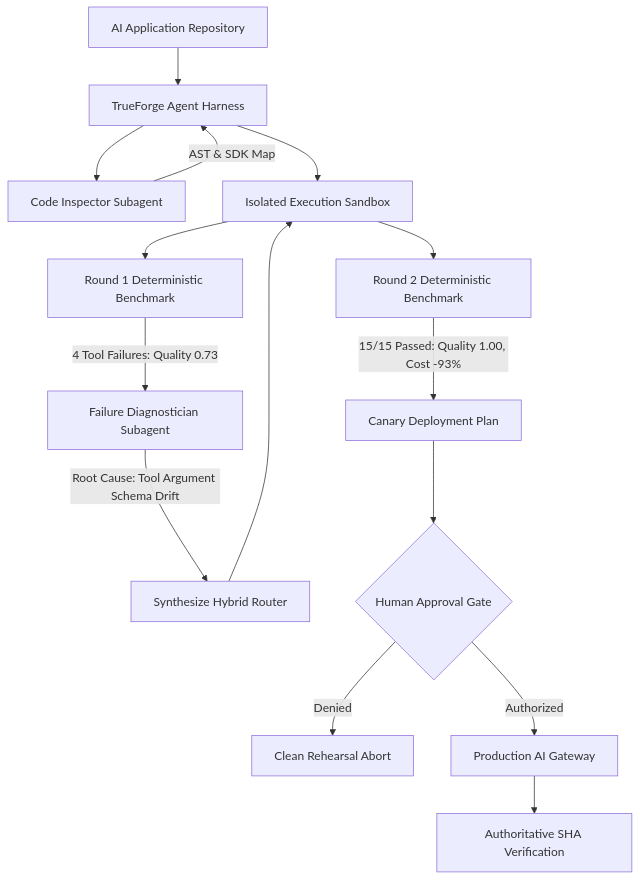
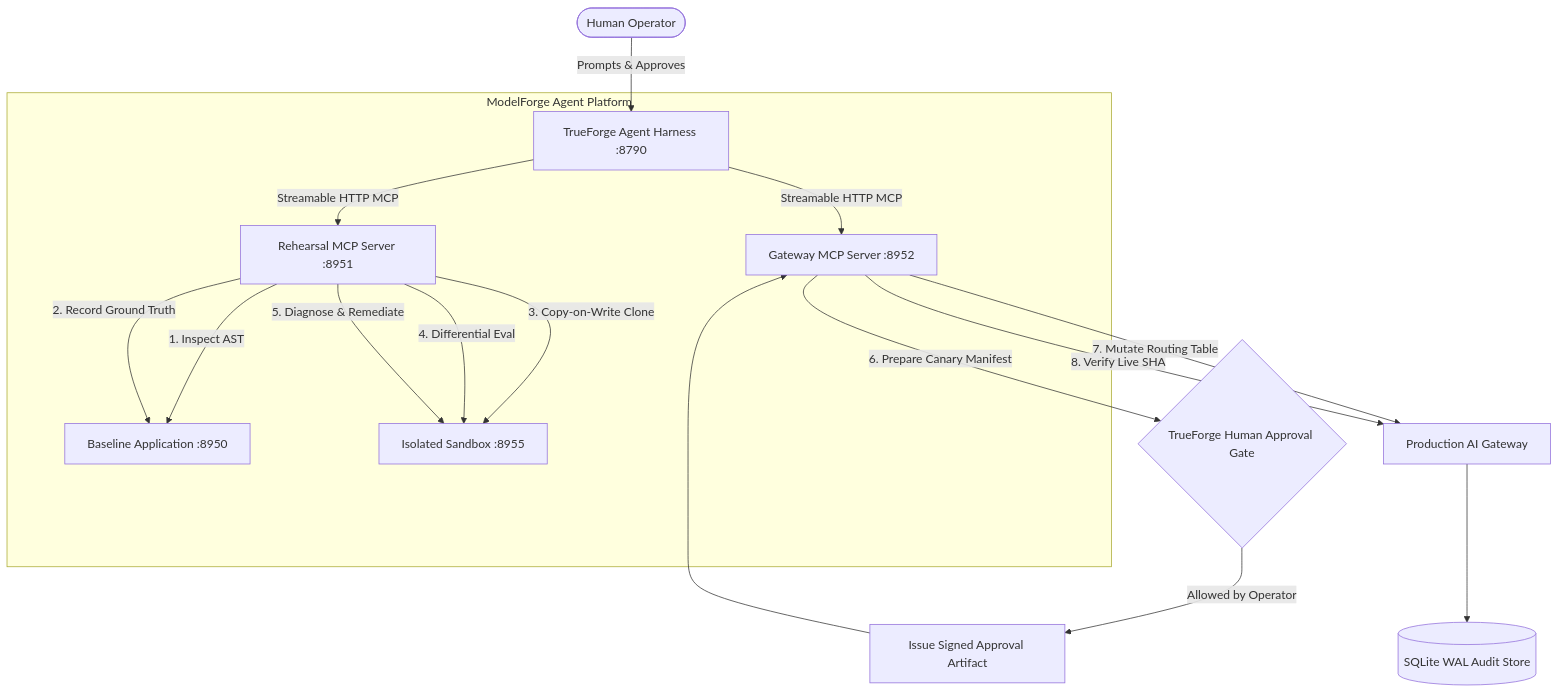
One commit to nexpectArpit/ModelForge_FoundryTrue changed the diagram in README.md. Above: the diagram before and after it, drawn with Mermaid. The commit also changed other lines of this file and 24 other files, not shown here.

Commit message:
feat(modelforge): complete live migration rehearsal agent integration with trueforge, discrete mcp servers, and deterministic differential evaluation

````diff
--- a/README.md
+++ b/README.md
@@ -14,17 +14,22 @@
 ```mermaid
 flowchart TD
-    Repo[AI Application Repository] --> T[TrueForge Agent Harness]
-    T --> Sub1[Code Inspector Subagent]
-    Sub1 -->|AST & SDK Map| T
-    T --> Sandbox[Isolated Execution Sandbox]
-    Sandbox --> Eval1[Round 1 Deterministic Benchmark]
-    Eval1 -->|4 Tool Failures: Quality 0.73| Sub2[Failure Diagnostician Subagent]
-    Sub2 -->|Root Cause: Tool Argument Schema Drift| Strategy[Synthesize Hybrid Router]
-    Strategy --> Sandbox
-    Sandbox --> Eval2[Round 2 Deterministic Benchmark]
-    Eval2 -->|15/15 Passed: Quality 1.00, Cost -93%| Canary[Canary Deployment Plan]
-    Canary --> Gate{Human Approval Gate}
-    Gate -->|Denied| Abort[Clean Rehearsal Abort]
-    Gate -->|Authorized| Gateway[Production AI Gateway]
-    Gateway --> Verify[Authoritative SHA Verification]
+    User([Human Operator]) -->|Prompts & Approves| TF[TrueForge Agent Harness :8790]
+    
+    subgraph ModelForge Agent Platform
+        TF -->|Streamable HTTP MCP| RMCP[Rehearsal MCP Server :8951]
+        TF -->|Streamable HTTP MCP| GMCP[Gateway MCP Server :8952]
+        
+        RMCP -->|1. Inspect AST| BaseApp[Baseline Application :8950]
+        RMCP -->|2. Record Ground Truth| BaseApp
+        RMCP -->|3. Copy-on-Write Clone| Sandbox[Isolated Sandbox :8955]
+        RMCP -->|4. Differential Eval| Sandbox
+        RMCP -->|5. Diagnose & Remediate| Sandbox
+    end
+
+    GMCP -->|6. Prepare Canary Manifest| Gate{TrueForge Human Approval Gate}
+    Gate -->|Allowed by Operator| Auth[Issue Signed Approval Artifact]
+    Auth --> GMCP
+    GMCP -->|7. Mutate Routing Table| Gateway[Production AI Gateway]
+    GMCP -->|8. Verify Live SHA| Gateway
+    Gateway --> Audit[(SQLite WAL Audit Store)]
 ```
````
